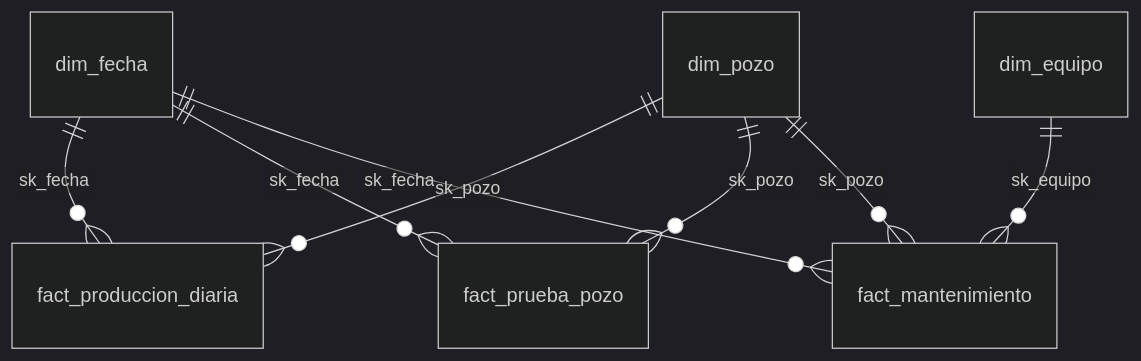
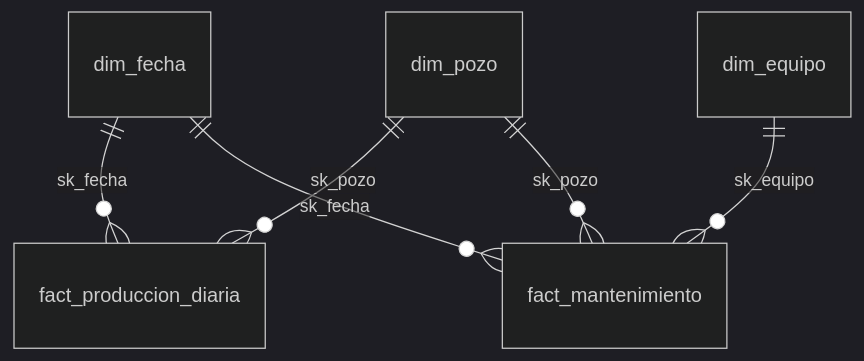
Before and after one commit to sebastian-rivera-DK/CapacitacionSierracol: the diagram in 04-Carga/README.md, drawn with Mermaid (dark theme). The commit also changed other lines of this file and 6 other files, not shown here.

````diff
--- a/04-Carga/README.md
+++ b/04-Carga/README.md
@@ -5,10 +5,8 @@
 ```mermaid
 erDiagram
     dim_fecha ||--o{ fact_produccion_diaria : sk_fecha
     dim_pozo ||--o{ fact_produccion_diaria : sk_pozo
-    dim_fecha ||--o{ fact_prueba_pozo : sk_fecha
-    dim_pozo ||--o{ fact_prueba_pozo : sk_pozo
     dim_fecha ||--o{ fact_mantenimiento : sk_fecha
     dim_equipo ||--o{ fact_mantenimiento : sk_equipo
     dim_pozo ||--o{ fact_mantenimiento : sk_pozo
 ```
````
